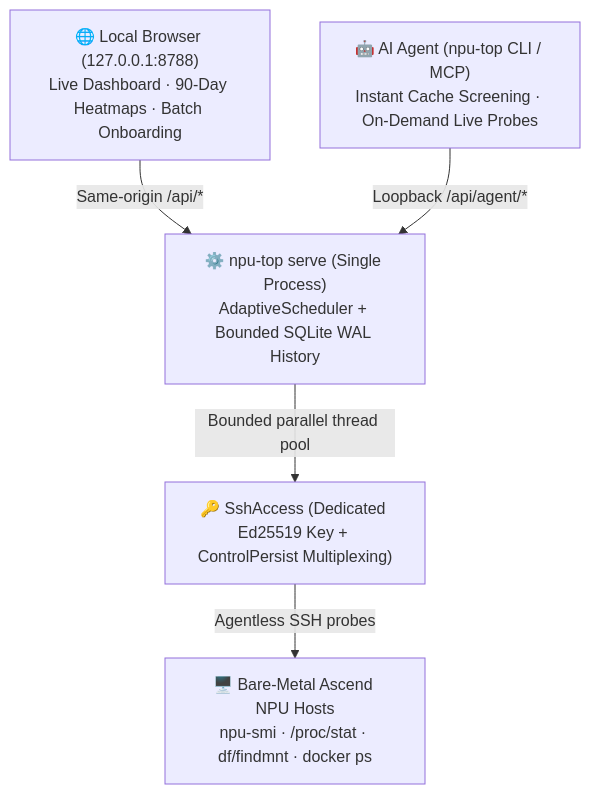
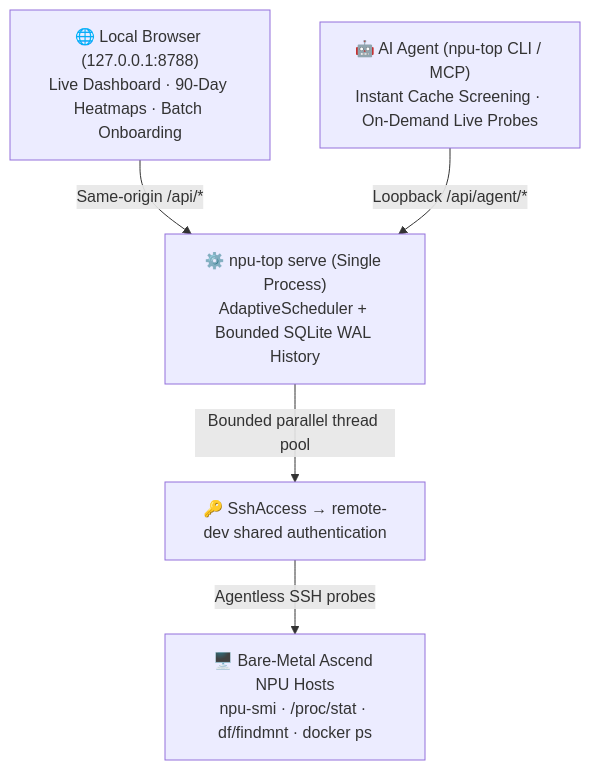
Before and after one commit to mindie-agent/npu-top: the diagram in docs/architecture.md, drawn with Mermaid. The commit also changed other lines of this file and 24 other files, not shown here.

Commit message:
feat(auth): reuse remote-dev credentials for monitor connections

````diff
--- a/docs/architecture.md
+++ b/docs/architecture.md
@@ -7,13 +7,13 @@
 ```mermaid
 flowchart TB
     Browser["🌐 Local Browser (127.0.0.1:8788)<br/>Live Dashboard · 90-Day Heatmaps · Batch Onboarding"]
     Agent["🤖 AI Agent (npu-top CLI / MCP)<br/>Instant Cache Screening · On-Demand Live Probes"]
     Core["⚙️ npu-top serve (Single Process)<br/>AdaptiveScheduler + Bounded SQLite WAL History"]
-    SSH["🔑 SshAccess (Dedicated Ed25519 Key + ControlPersist Multiplexing)"]
+    SSH["🔑 SshAccess → remote-dev shared authentication"]
     Host["🖥️ Bare-Metal Ascend NPU Hosts<br/>npu-smi · /proc/stat · df/findmnt · docker ps"]
 
     Browser -->|"Same-origin /api/*"| Core
     Agent -->|"Loopback /api/agent/*"| Core
     Core -->|"Bounded parallel thread pool"| SSH
     SSH -->|"Agentless SSH probes"| Host
 ```
````
